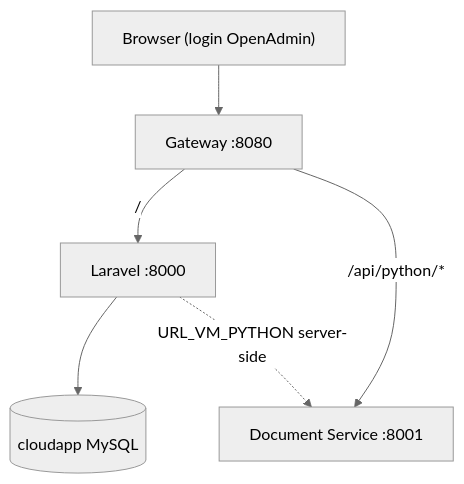
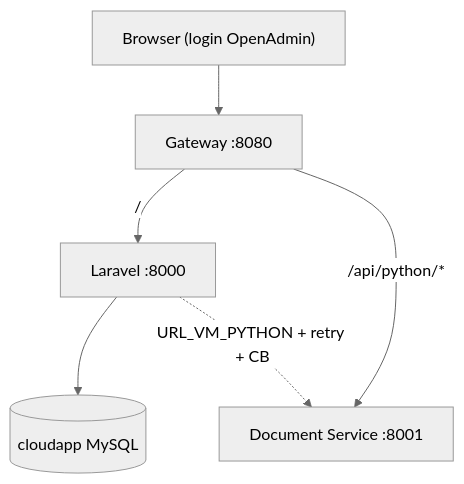
The first of 2 diagrams in docs/architecture.md (aidilsaputrakirsan-classroom/cc-kelompok-a-pria-solo), drawn with Mermaid (neutral theme) before and after one commit. The commit also changed other lines of this file and 29 other files, not shown here.

````diff
--- a/docs/architecture.md
+++ b/docs/architecture.md
@@ -7,8 +7,8 @@
 ```mermaid
 flowchart TD
     Browser["Browser (login OpenAdmin)"] --> GW["Gateway :8080"]
     GW -->|"/"| WEB["Laravel :8000"]
     GW -->|"/api/python/*"| DOC["Document Service :8001"]
     WEB --> MYSQL[("cloudapp MySQL")]
-    WEB -.->|"URL_VM_PYTHON server-side"| DOC
+    WEB -.->|"URL_VM_PYTHON + retry + CB"| DOC
 ```
````
